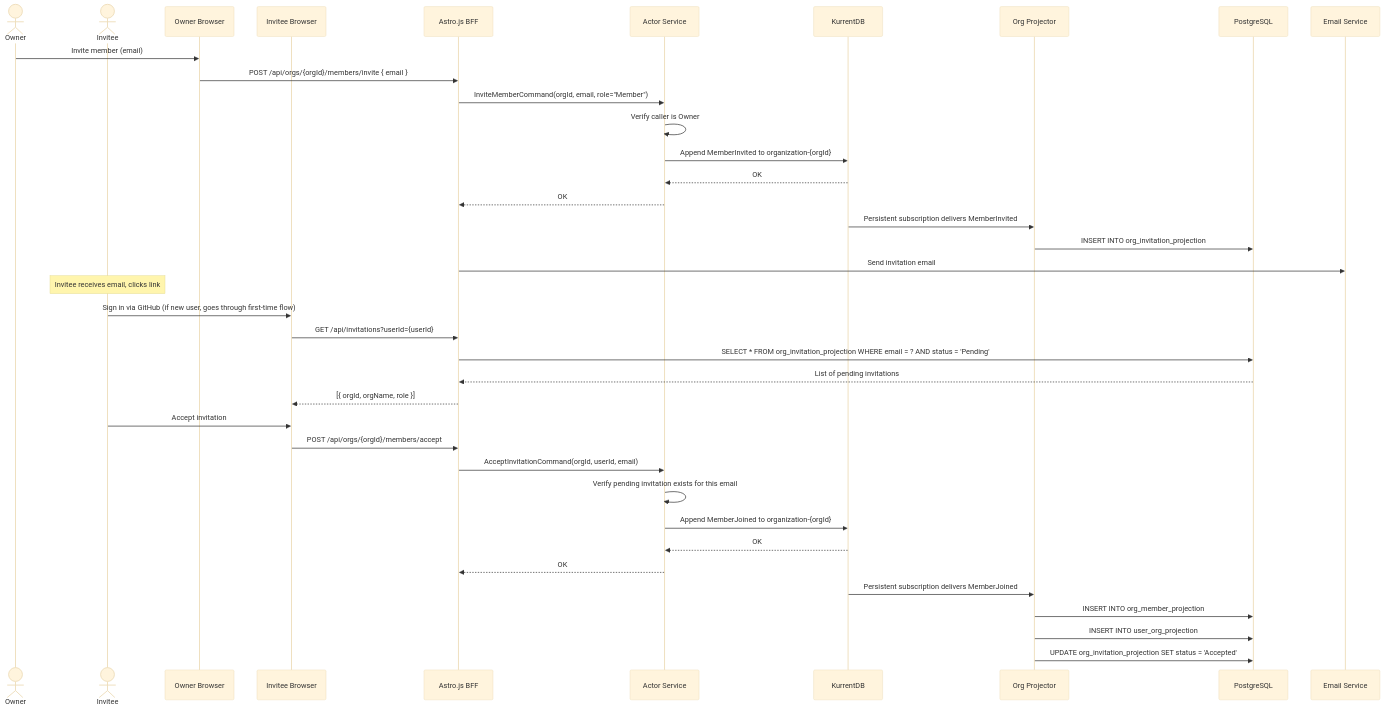
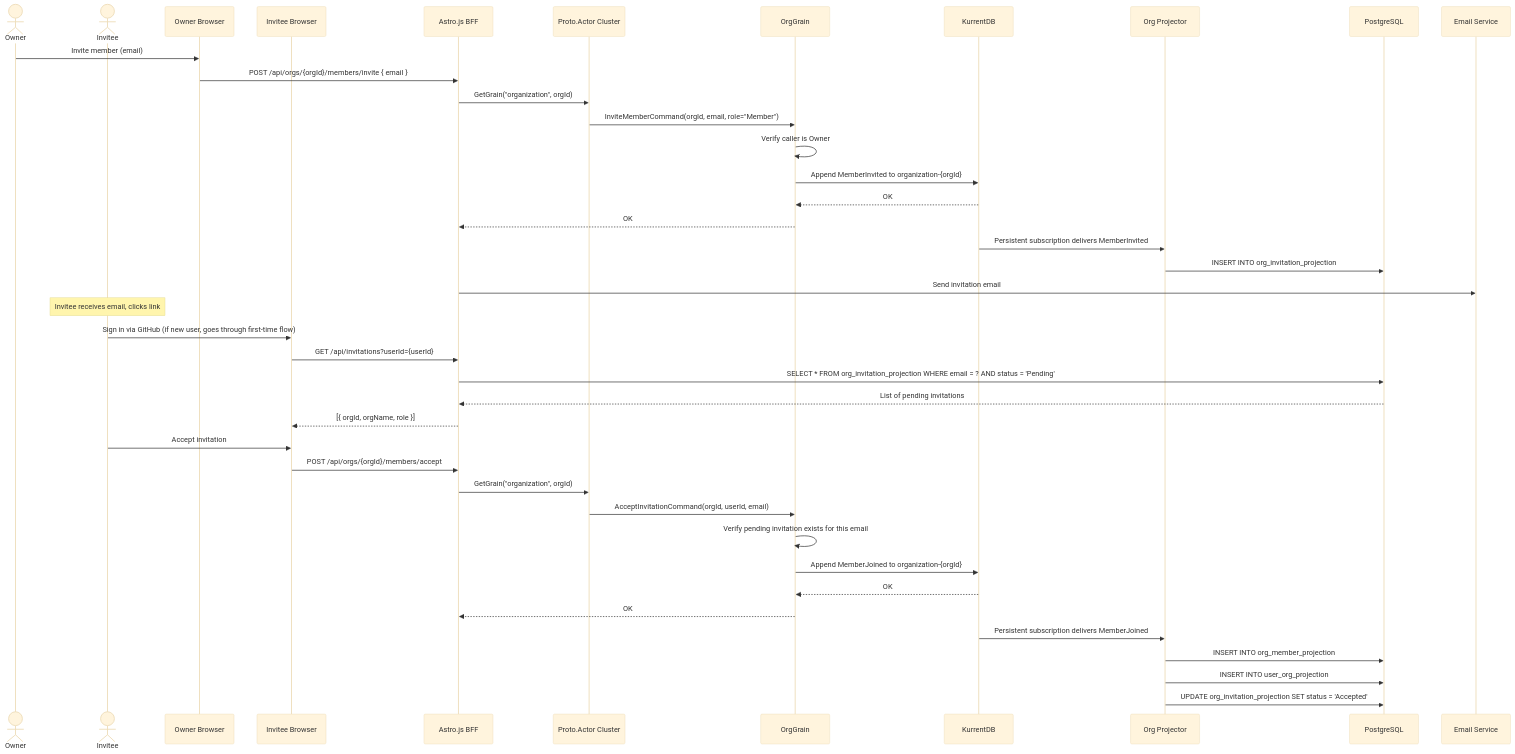
One commit to lekhasy/Vut changed diagram 13 of 19 in epics/01-epic-first-signin-org/architecture/architecture.md. Above: the diagram before and after it, drawn with Mermaid (base theme). The commit also changed other lines of this file and 4 other files, not shown here.

````diff
--- a/epics/01-epic-first-signin-org/architecture/architecture.md
+++ b/epics/01-epic-first-signin-org/architecture/architecture.md
@@ -833,47 +937,50 @@
 ```mermaid
 sequenceDiagram
     actor Owner
     actor Invitee
     participant Browser1 as Owner Browser
     participant Browser2 as Invitee Browser
     participant BFF as Astro.js BFF
-    participant AS as Actor Service
+    participant Cluster as Proto.Actor Cluster
+    participant Grain as OrgGrain
     participant K as KurrentDB
     participant PJ as Org Projector
     participant PG as PostgreSQL
     participant SMTP as Email Service
 
     Owner->>Browser1: Invite member (email)
     Browser1->>BFF: POST /api/orgs/{orgId}/members/invite { email }
-    BFF->>AS: InviteMemberCommand(orgId, email, role="Member")
-    AS->>AS: Verify caller is Owner
-    AS->>K: Append MemberInvited to organization-{orgId}
-    K-->>AS: OK
-    AS-->>BFF: OK
+    BFF->>Cluster: GetGrain("organization", orgId)
+    Cluster->>Grain: InviteMemberCommand(orgId, email, role="Member")
+    Grain->>Grain: Verify caller is Owner
+    Grain->>K: Append MemberInvited to organization-{orgId}
+    K-->>Grain: OK
+    Grain-->>BFF: OK
 
     K->>PJ: Persistent subscription delivers MemberInvited
     PJ->>PG: INSERT INTO org_invitation_projection
 
     BFF->>SMTP: Send invitation email
 
     Note over Invitee: Invitee receives email, clicks link
 
     Invitee->>Browser2: Sign in via GitHub (if new user, goes through first-time flow)
     Browser2->>BFF: GET /api/invitations?userId={userId}
     BFF->>PG: SELECT * FROM org_invitation_projection WHERE email = ? AND status = 'Pending'
     PG-->>BFF: List of pending invitations
     BFF-->>Browser2: [{ orgId, orgName, role }]
 
     Invitee->>Browser2: Accept invitation
     Browser2->>BFF: POST /api/orgs/{orgId}/members/accept
-    BFF->>AS: AcceptInvitationCommand(orgId, userId, email)
-    AS->>AS: Verify pending invitation exists for this email
-    AS->>K: Append MemberJoined to organization-{orgId}
-    K-->>AS: OK
-    AS-->>BFF: OK
+    BFF->>Cluster: GetGrain("organization", orgId)
+    Cluster->>Grain: AcceptInvitationCommand(orgId, userId, email)
+    Grain->>Grain: Verify pending invitation exists for this email
+    Grain->>K: Append MemberJoined to organization-{orgId}
+    K-->>Grain: OK
+    Grain-->>BFF: OK
 
     K->>PJ: Persistent subscription delivers MemberJoined
     PJ->>PG: INSERT INTO org_member_projection
     PJ->>PG: INSERT INTO user_org_projection
     PJ->>PG: UPDATE org_invitation_projection SET status = 'Accepted'
 ```
````
